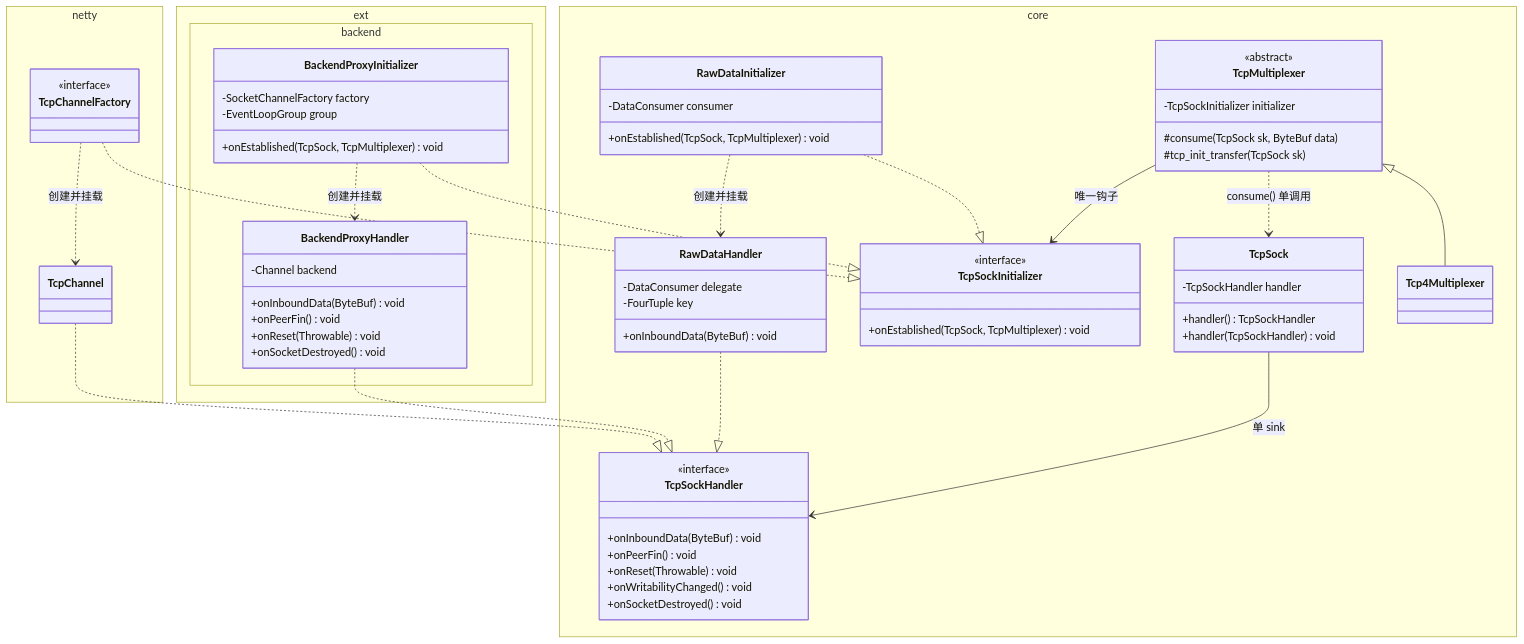
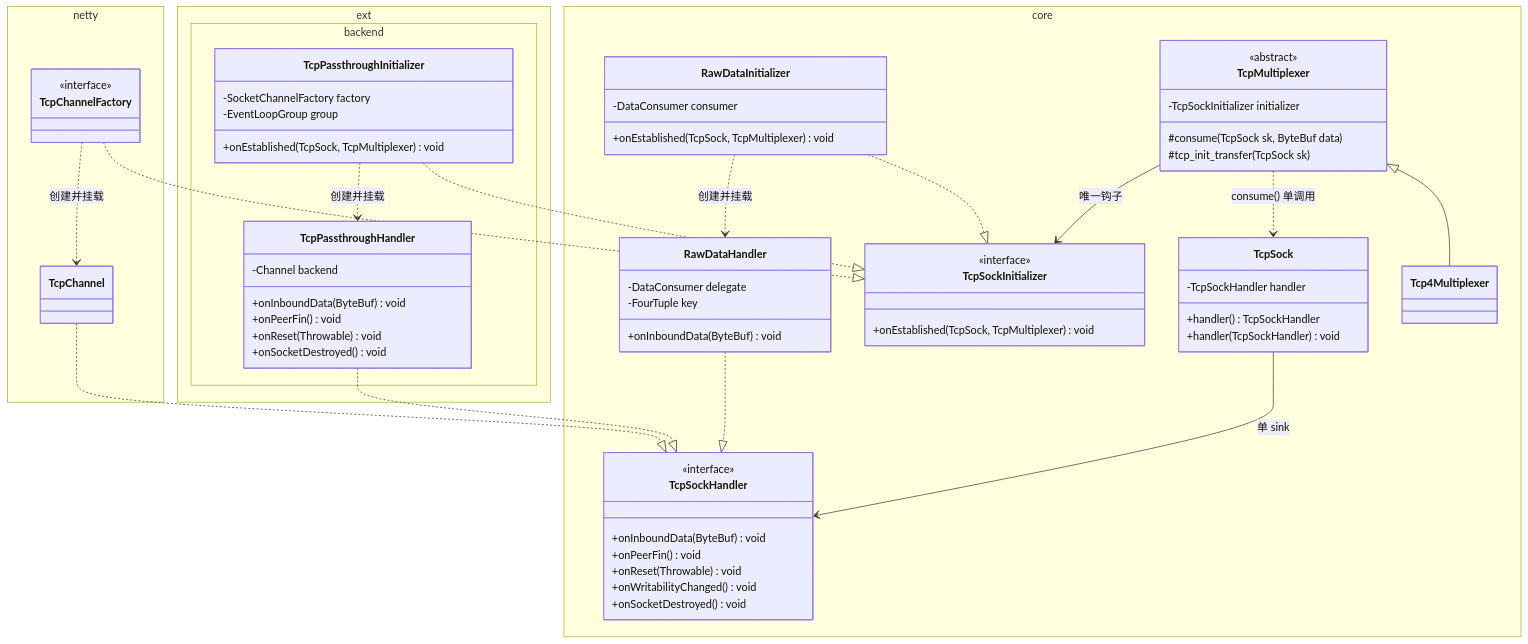
Before and after one commit to vacoor/pangolin: the second of 3 diagrams in docs/tcp/tcp.hook.md, drawn with Mermaid. The commit also changed other lines of this file and 47 other files, not shown here.

````diff
--- a/docs/tcp/tcp.hook.md
+++ b/docs/tcp/tcp.hook.md
@@ -132,72 +132,72 @@
 ```mermaid
 classDiagram
     namespace core {
         class TcpMultiplexer {
             <<abstract>>
             -TcpSockInitializer initializer
             #consume(TcpSock sk, ByteBuf data)
             #tcp_init_transfer(TcpSock sk)
         }
         class TcpSock {
             -TcpSockHandler handler
             +handler() TcpSockHandler
             +handler(TcpSockHandler) void
         }
         class TcpSockHandler {
             <<interface>>
             +onInboundData(ByteBuf) void
             +onPeerFin() void
             +onReset(Throwable) void
             +onWritabilityChanged() void
             +onSocketDestroyed() void
         }
         class TcpSockInitializer {
             <<interface>>
             +onEstablished(TcpSock, TcpMultiplexer) void
         }
         class RawDataHandler {
             -DataConsumer delegate
             -FourTuple key
             +onInboundData(ByteBuf) void
         }
         class RawDataInitializer {
             -DataConsumer consumer
             +onEstablished(TcpSock, TcpMultiplexer) void
         }
         class Tcp4Multiplexer
     }
     namespace netty {
         class TcpChannel
         class TcpChannelFactory {
             <<interface>>
         }
     }
     namespace ext.backend {
-        class BackendProxyHandler {
+        class TcpPassthroughHandler {
             -Channel backend
             +onInboundData(ByteBuf) void
             +onPeerFin() void
             +onReset(Throwable) void
             +onSocketDestroyed() void
         }
-        class BackendProxyInitializer {
+        class TcpPassthroughInitializer {
             -SocketChannelFactory factory
             -EventLoopGroup group
             +onEstablished(TcpSock, TcpMultiplexer) void
         }
     }
 
     TcpMultiplexer <|-- Tcp4Multiplexer
     TcpMultiplexer --> TcpSockInitializer : 唯一钩子
     TcpMultiplexer ..> TcpSock : consume() 单调用
     TcpSock --> TcpSockHandler : 单 sink
     RawDataHandler ..|> TcpSockHandler
-    BackendProxyHandler ..|> TcpSockHandler
+    TcpPassthroughHandler ..|> TcpSockHandler
     TcpChannel ..|> TcpSockHandler
     RawDataInitializer ..|> TcpSockInitializer
     RawDataInitializer ..> RawDataHandler : 创建并挂载
-    BackendProxyInitializer ..|> TcpSockInitializer
-    BackendProxyInitializer ..> BackendProxyHandler : 创建并挂载
+    TcpPassthroughInitializer ..|> TcpSockInitializer
+    TcpPassthroughInitializer ..> TcpPassthroughHandler : 创建并挂载
     TcpChannelFactory ..|> TcpSockInitializer
     TcpChannelFactory ..> TcpChannel : 创建并挂载
 ```
````
